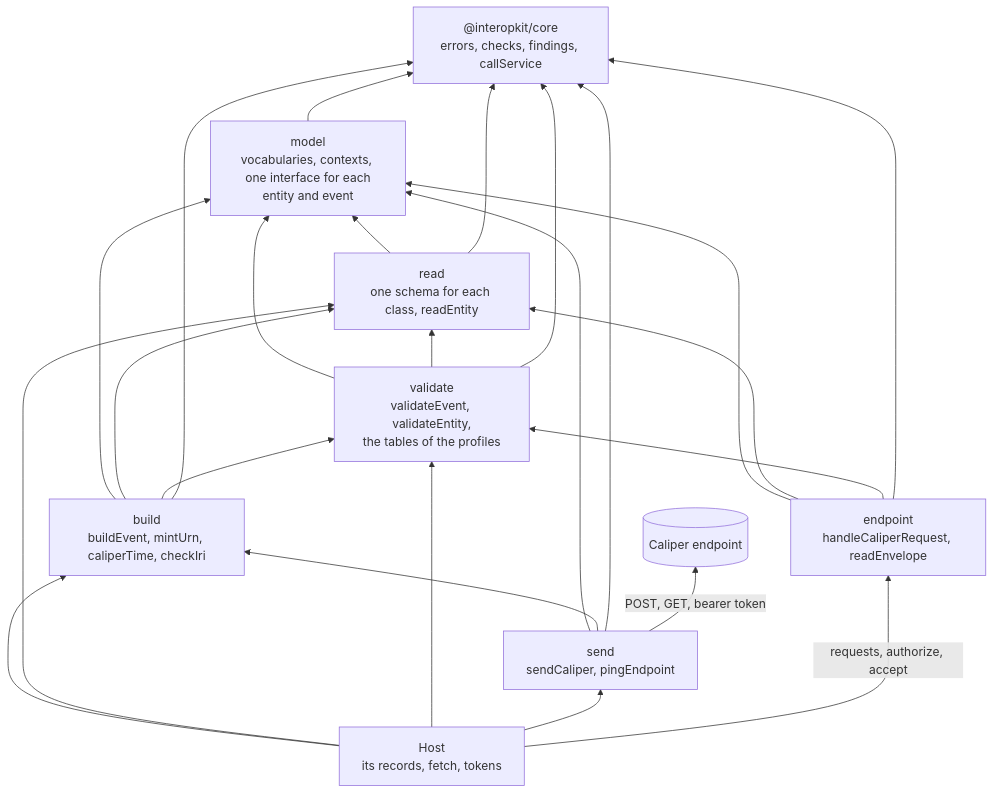
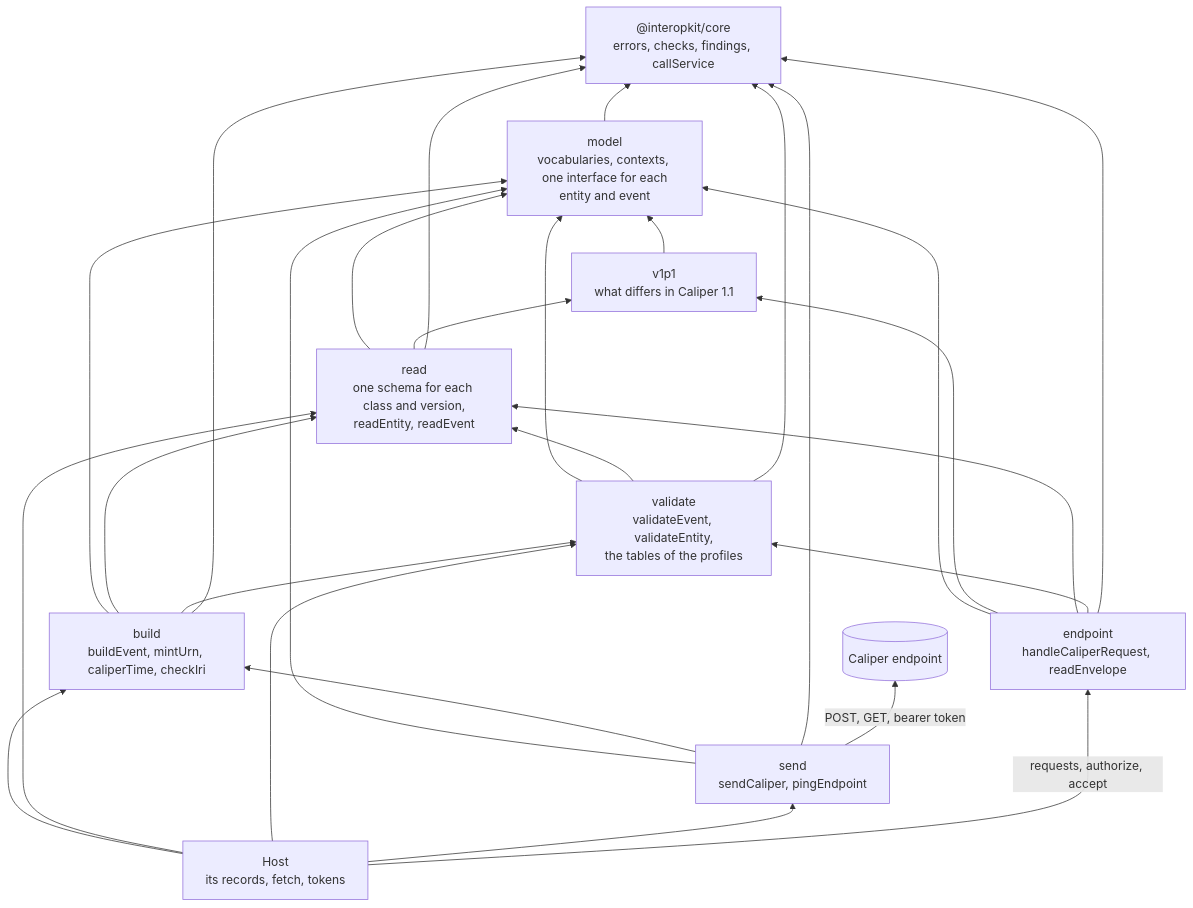
The diagram in docs/learning-analytics/architecture.md (interopkit/interopkit), drawn with Mermaid before and after one commit. The commit also changed other lines of this file and 63 other files, not shown here.

First line of the commit message:
Read Caliper 1.1 documents and envelopes into the model of 1.2, and let an endpoint choose the versions it reads

````diff
--- a/docs/learning-analytics/architecture.md
+++ b/docs/learning-analytics/architecture.md
@@ -7,33 +8,37 @@
 ```mermaid
 flowchart BT
   core["@interopkit/core<br/>errors, checks, findings, callService"]
   model["model<br/>vocabularies, contexts, one interface for each<br/>entity and event"]
-  read["read<br/>one schema for each class, readEntity"]
+  v11["v1p1<br/>what differs in Caliper 1.1"]
+  read["read<br/>one schema for each class and version,<br/>readEntity, readEvent"]
   validate["validate<br/>validateEvent, validateEntity,<br/>the tables of the profiles"]
   build["build<br/>buildEvent, mintUrn, caliperTime, checkIri"]
   send["send<br/>sendCaliper, pingEndpoint"]
   endpointNode["endpoint<br/>handleCaliperRequest, readEnvelope"]
+  v11 --> model
   read --> model
+  read --> v11
   validate --> model
   validate --> read
   build --> model
   build --> read
   build --> validate
   send --> model
   send --> build
   endpointNode --> model
+  endpointNode --> v11
   endpointNode --> read
   endpointNode --> validate
   model --> core
   read --> core
   validate --> core
   build --> core
   send --> core
   endpointNode --> core
   host["Host<br/>its records, fetch, tokens"] --> build
   host --> read
   host --> validate
   host --> send
   host -->|"requests, authorize, accept"| endpointNode
   send -->|"POST, GET, bearer token"| wire[("Caliper endpoint")]
 ```
````
